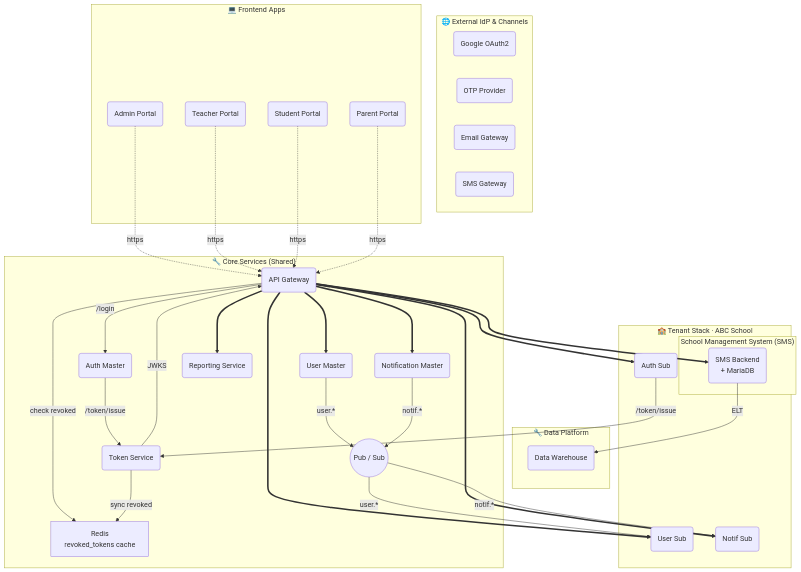
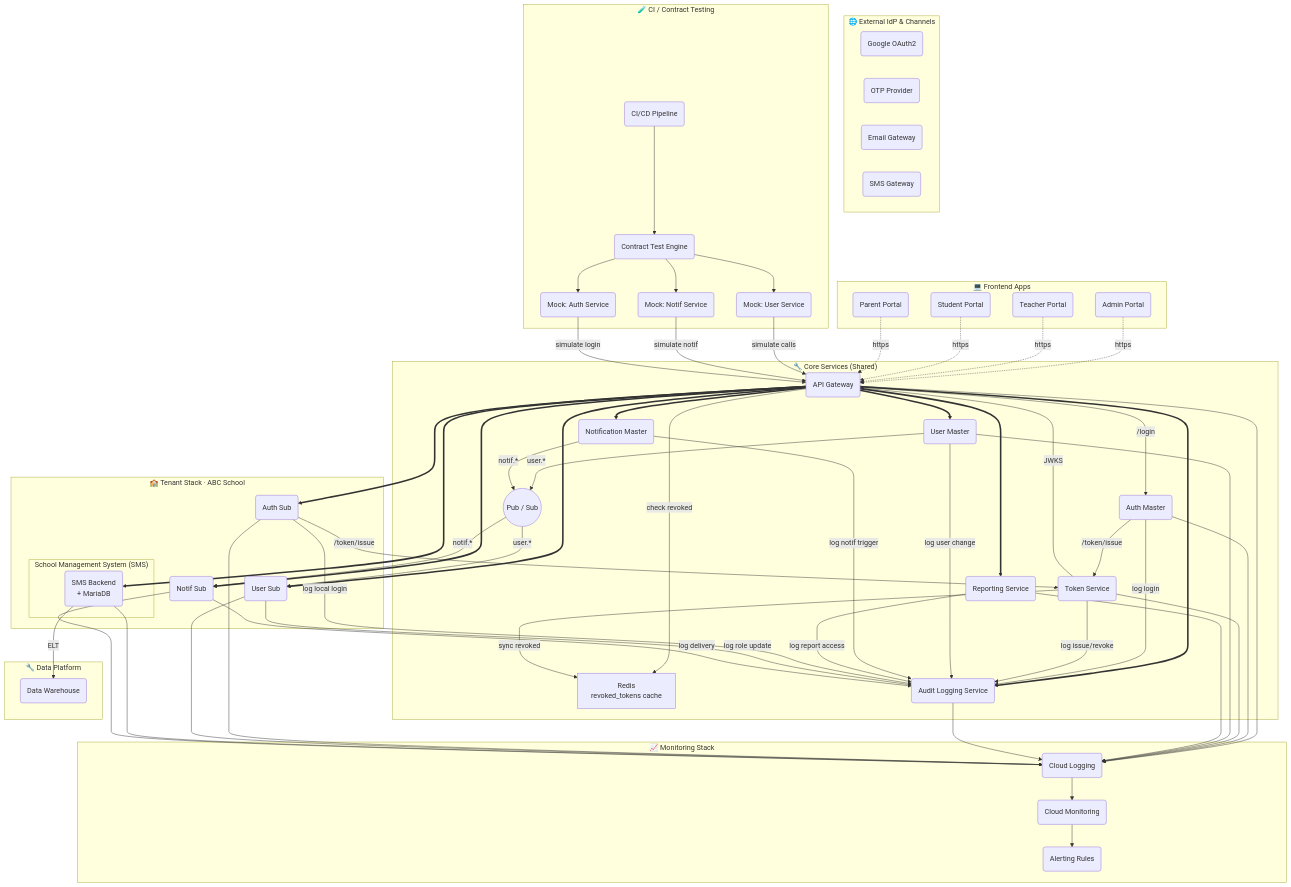
The first of 10 diagrams in docs/architecture/system-diagrams.md (ezdesign-vn/dx-vas), drawn with Mermaid before and after one commit. The commit also changed 1 other file, not shown here.

Commit message:
update general ERD

````diff
--- a/docs/architecture/system-diagrams.md
+++ b/docs/architecture/system-diagrams.md
@@ -52,12 +52,29 @@
     NotifM(Notification Master)
     RedisRev[Redis<br/>revoked_tokens cache]
     ReportSvc(Reporting Service)
+    AuditLog(Audit Logging Service)
     PubSub((Pub / Sub))
   end
 
   %% ======= DATA PLATFORM =======
   subgraph db ["🔧 Data Platform"]
     BQ(Data Warehouse)
+  end
+
+  %% ======= MONITORING STACK =======
+  subgraph mon ["📈 Monitoring Stack"]
+    CloudLog(Cloud Logging)
+    CloudMon(Cloud Monitoring)
+    AlertSys(Alerting Rules)
+  end
+
+  %% ======= CI / CONTRACT TESTING =======
+  subgraph test ["🧪 CI / Contract Testing"]
+    CIPipeline(CI/CD Pipeline)
+    ContractEngine(Contract Test Engine)
+    MockUser(Mock: User Service)
+    MockNotif(Mock: Notif Service)
+    MockAuth(Mock: Auth Service)
   end
 
   %% ======= TENANT STACK EXAMPLE =======
@@ -91,6 +108,7 @@
   APIGW ==> UserM
   APIGW ==> NotifM
   APIGW ==> ReportSvc
+  APIGW ==> AuditLog
 
   %% Tenant routing
   APIGW ==> AuthSub
@@ -106,4 +124,37 @@
 
   %% ELT (simplified)
   SMS -- "ELT" --> BQ
+
+  %% Audit Logging
+  AuthM -->|log login| AuditLog
+  TokenSvc -->|log issue/revoke| AuditLog
+  UserM -->|log user change| AuditLog
+  NotifM -->|log notif trigger| AuditLog
+  ReportSvc -->|log report access| AuditLog
+  AuthSub -->|log local login| AuditLog
+  UserSub -->|log role update| AuditLog
+  NotifSub -->|log delivery| AuditLog
+
+  %% Monitoring Stack
+  APIGW --> CloudLog
+  AuthM --> CloudLog
+  TokenSvc --> CloudLog
+  UserM --> CloudLog
+  ReportSvc --> CloudLog
+  AuditLog --> CloudLog
+  AuthSub --> CloudLog
+  UserSub --> CloudLog
+  SMS --> CloudLog
+  NotifSub --> CloudLog
+  CloudLog --> CloudMon
+  CloudMon --> AlertSys
+
+  %% CI/CD & Contract Testing
+  CIPipeline --> ContractEngine
+  ContractEngine --> MockUser
+  ContractEngine --> MockNotif
+  ContractEngine --> MockAuth
+  MockUser -->|simulate calls| APIGW
+  MockNotif -->|simulate notif| APIGW
+  MockAuth -->|simulate login| APIGW
 ```
````
